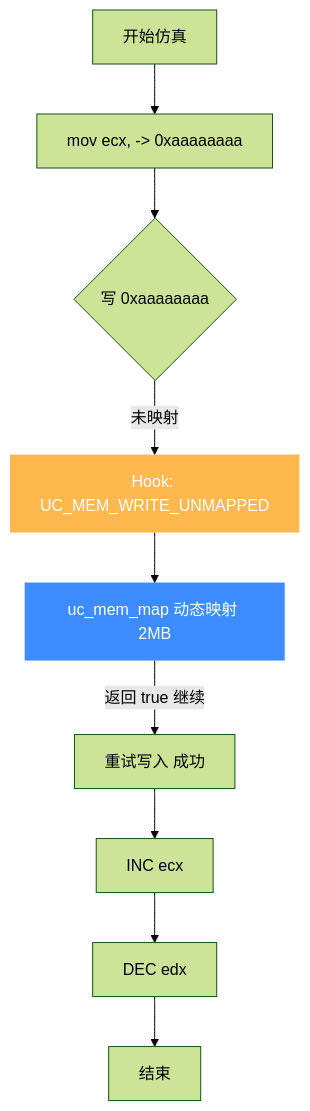
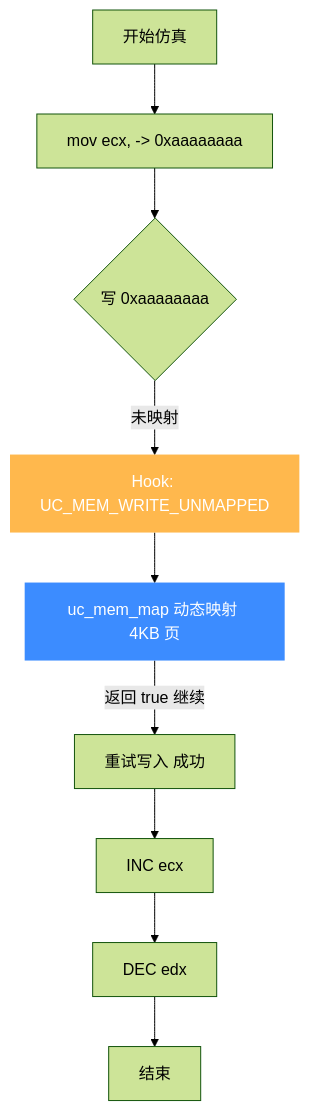
Before and after one commit to android-security-engineer/unicorn-skills: the first of 2 diagrams in website/guide/first-program.md, drawn with Mermaid (forest theme). The commit also changed other lines of this file and 1 other file, not shown here.

````diff
--- a/website/guide/first-program.md
+++ b/website/guide/first-program.md
@@ -13,13 +13,13 @@
 ```mermaid
 graph TD
     S[开始仿真] --> I1[mov ecx, -> 0xaaaaaaaa]
     I1 --> W{写 0xaaaaaaaa}
     W -->|未映射| H[Hook: UC_MEM_WRITE_UNMAPPED]
-    H --> M[uc_mem_map 动态映射 2MB]
+    H --> M[uc_mem_map 动态映射 4KB 页]
     M -->|返回 true 继续| W2[重试写入 成功]
     W2 --> I2[INC ecx]
     I2 --> I3[DEC edx]
     I3 --> E[结束]
     style H fill:#ffb84d,color:#fff,stroke:none
     style M fill:#3c8cff,color:#fff,stroke:none
 ```
````
